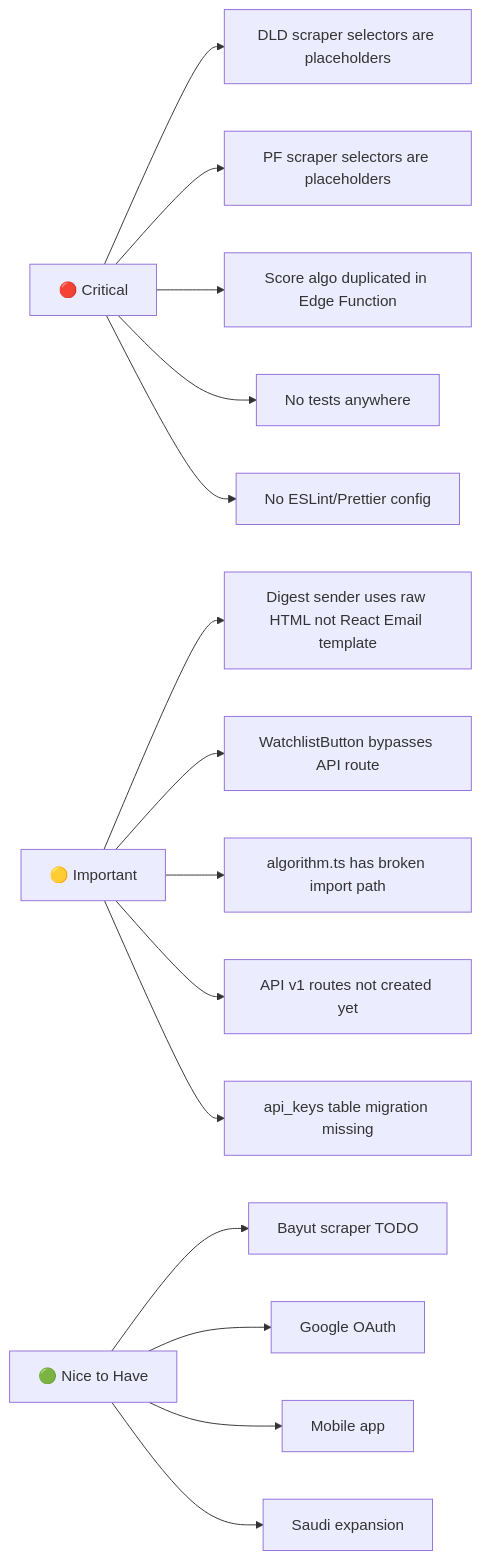
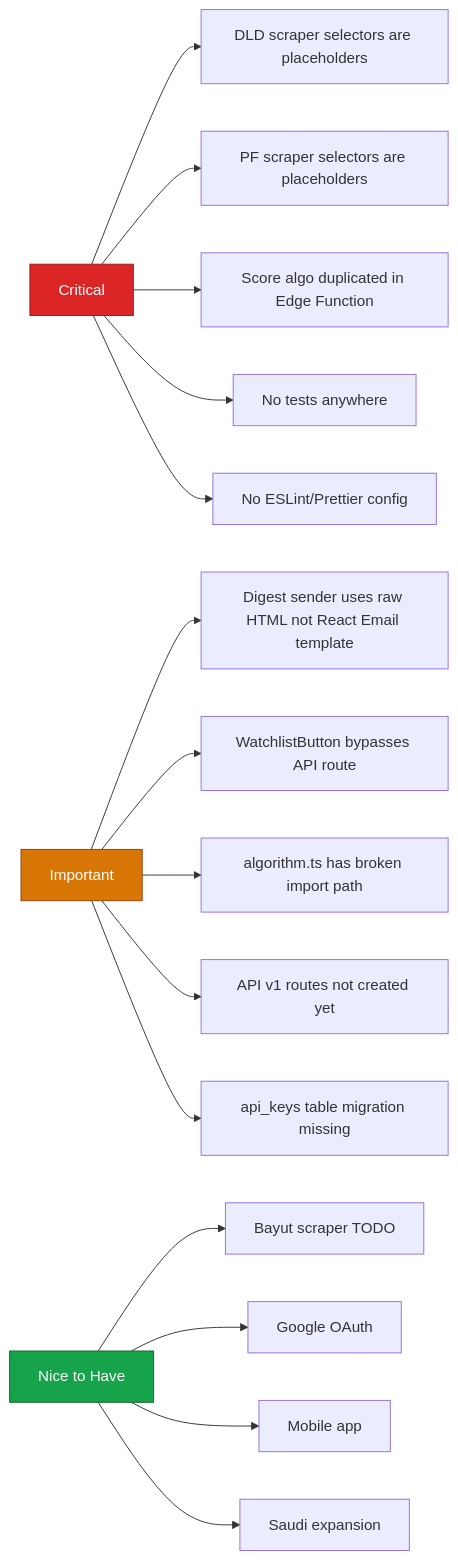
The first of 8 diagrams in PLAN.md (vishalm/OffplanIQ), drawn with Mermaid before and after one commit. The commit also changed other lines of this file and 5 other files, not shown here.

First line of the commit message:
Fix Mermaid diagrams across all docs for GitHub rendering

````diff
--- a/PLAN.md
+++ b/PLAN.md
@@ -51,19 +51,23 @@
 ```mermaid
 graph LR
-    A[🔴 Critical] --> A1[DLD scraper selectors are placeholders]
-    A --> A2[PF scraper selectors are placeholders]
-    A --> A3[Score algo duplicated in Edge Function]
-    A --> A4[No tests anywhere]
-    A --> A5[No ESLint/Prettier config]
-    
-    B[🟡 Important] --> B1[Digest sender uses raw HTML not React Email template]
-    B --> B2[WatchlistButton bypasses API route]
-    B --> B3[algorithm.ts has broken import path]
-    B --> B4[API v1 routes not created yet]
-    B --> B5[api_keys table migration missing]
-    
-    C[🟢 Nice to Have] --> C1[Bayut scraper TODO]
-    C --> C2[Google OAuth]
-    C --> C3[Mobile app]
-    C --> C4[Saudi expansion]
+    A["Critical"]:::red --> A1["DLD scraper selectors are placeholders"]
+    A --> A2["PF scraper selectors are placeholders"]
+    A --> A3["Score algo duplicated in Edge Function"]
+    A --> A4["No tests anywhere"]
+    A --> A5["No ESLint/Prettier config"]
+
+    B["Important"]:::yellow --> B1["Digest sender uses raw HTML not React Email template"]
+    B --> B2["WatchlistButton bypasses API route"]
+    B --> B3["algorithm.ts has broken import path"]
+    B --> B4["API v1 routes not created yet"]
+    B --> B5["api_keys table migration missing"]
+
+    C["Nice to Have"]:::green --> C1["Bayut scraper TODO"]
+    C --> C2["Google OAuth"]
+    C --> C3["Mobile app"]
+    C --> C4["Saudi expansion"]
+
+    classDef red fill:#dc2626,stroke:#991b1b,color:#fff
+    classDef yellow fill:#d97706,stroke:#92400e,color:#fff
+    classDef green fill:#16a34a,stroke:#166534,color:#fff
 ```
````
